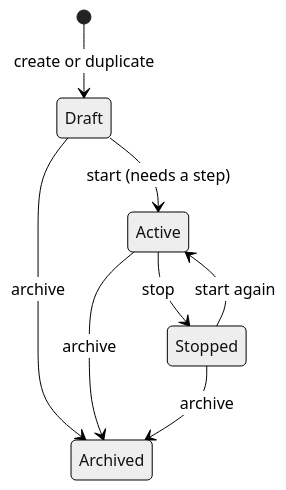
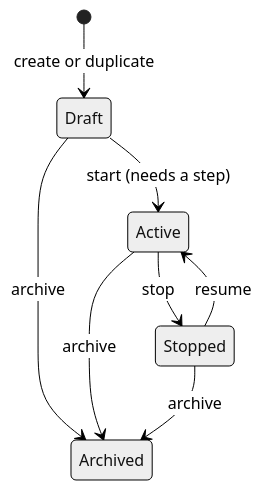
One commit to contactout/campaigns changed the first of 3 diagrams in docs/architecture.md. Above: the diagram before and after it, drawn with Mermaid (neutral theme). The commit also changed other lines of this file and 11 other files, not shown here.

````diff
--- a/docs/architecture.md
+++ b/docs/architecture.md
@@ -39,10 +39,10 @@
 ```mermaid
 stateDiagram-v2
     [*] --> Draft: create or duplicate
     Draft --> Active: start (needs a step)
     Active --> Stopped: stop
-    Stopped --> Active: start again
+    Stopped --> Active: resume
     Draft --> Archived: archive
     Active --> Archived: archive
     Stopped --> Archived: archive
 ```
````
